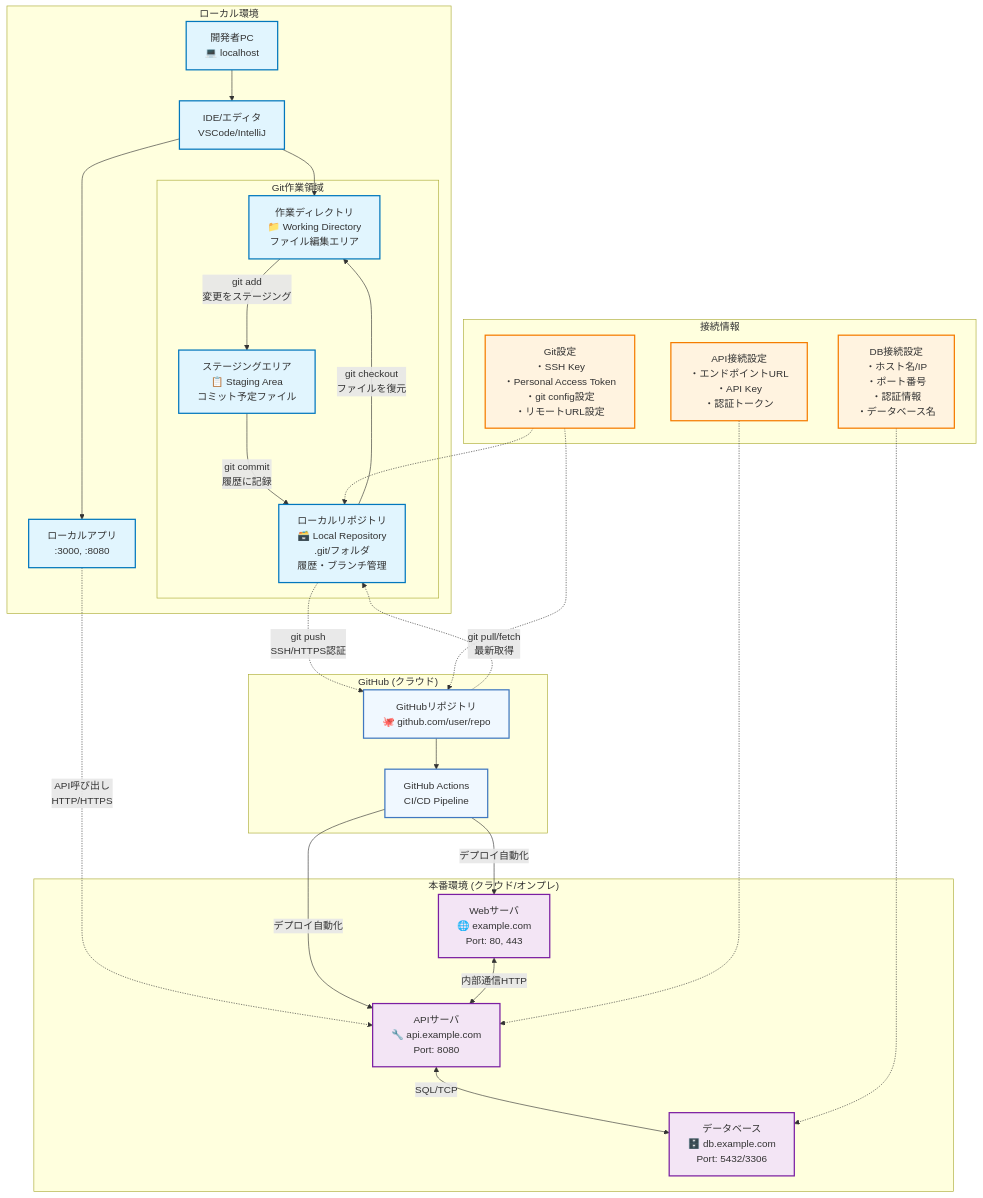
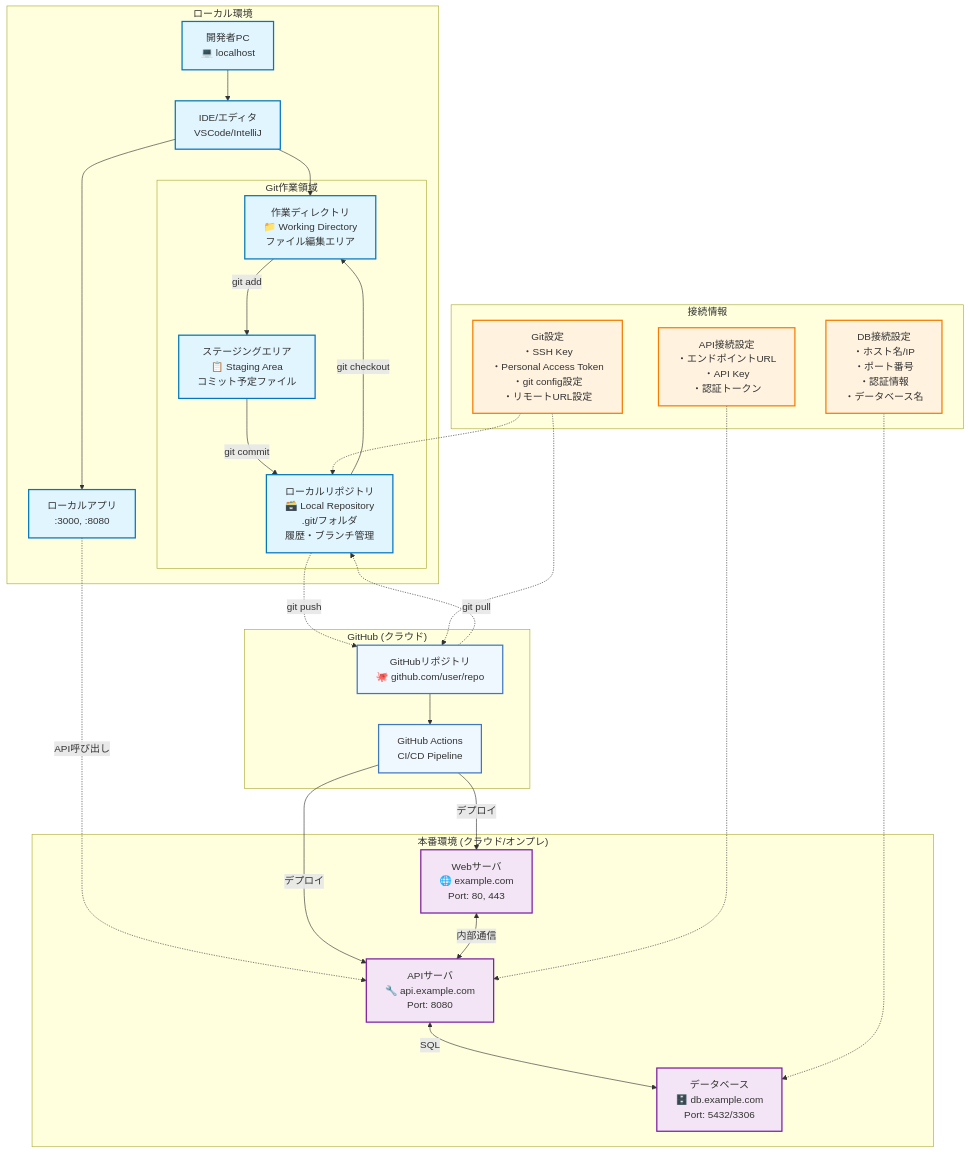
The diagram in Readme_開発環境とシステム構成図.md (mik-organization/edu-general), drawn with Mermaid before and after one commit.

````diff
--- a/Readme_開発環境とシステム構成図.md
+++ b/Readme_開発環境とシステム構成図.md
@@ -3,65 +3,65 @@
 ```mermaid
 graph TB
     subgraph "ローカル環境"
         PC[開発者PC<br/>💻 localhost]
         IDE[IDE/エディタ<br/>VSCode/IntelliJ]
         LocalApp[ローカルアプリ<br/>:3000, :8080]
         
         subgraph "Git作業領域"
             WD[作業ディレクトリ<br/>📁 Working Directory<br/>ファイル編集エリア]
             SA[ステージングエリア<br/>📋 Staging Area<br/>コミット予定ファイル]
             LR[ローカルリポジトリ<br/>🗃️ Local Repository<br/>.git/フォルダ<br/>履歴・ブランチ管理]
         end
         
         PC --> IDE
         IDE --> LocalApp
         IDE --> WD
-        WD -->|git add<br/>変更をステージング| SA
-        SA -->|git commit<br/>履歴に記録| LR
-        LR -->|git checkout<br/>ファイルを復元| WD
+        WD -->|git add| SA
+        SA -->|git commit| LR
+        LR -->|git checkout| WD
     end
     
     subgraph "GitHub (クラウド)"
         GH[GitHubリポジトリ<br/>🐙 github.com/user/repo]
         GA[GitHub Actions<br/>CI/CD Pipeline]
         
         GH --> GA
     end
     
     subgraph "本番環境 (クラウド/オンプレ)"
         WEB[Webサーバ<br/>🌐 example.com<br/>Port: 80, 443]
         API[APIサーバ<br/>🔧 api.example.com<br/>Port: 8080]
         DB[データベース<br/>🗄️ db.example.com<br/>Port: 5432/3306]
     end
     
     subgraph "接続情報"
         CONN1[Git設定<br/>・SSH Key<br/>・Personal Access Token<br/>・git config設定<br/>・リモートURL設定]
         CONN2[DB接続設定<br/>・ホスト名/IP<br/>・ポート番号<br/>・認証情報<br/>・データベース名]
         CONN3[API接続設定<br/>・エンドポイントURL<br/>・API Key<br/>・認証トークン]
     end
     
-    LR -.->|git push<br/>SSH/HTTPS認証| GH
-    GH -.->|git pull/fetch<br/>最新取得| LR
-    LocalApp -.->|API呼び出し<br/>HTTP/HTTPS| API
+    LR -.->|git push| GH
+    GH -.->|git pull| LR
+    LocalApp -.->|API呼び出し| API
     
-    GA -->|デプロイ自動化| WEB
-    GA -->|デプロイ自動化| API
+    GA -->|デプロイ| WEB
+    GA -->|デプロイ| API
     
-    WEB <-->|内部通信HTTP| API
-    API <-->|SQL/TCP| DB
+    WEB <-->|内部通信| API
+    API <-->|SQL| DB
     
     CONN1 -.-> LR
     CONN1 -.-> GH
     CONN2 -.-> DB  
     CONN3 -.-> API
     
     classDef local fill:#e1f5fe,stroke:#0277bd,stroke-width:2px
     classDef github fill:#f0f8ff,stroke:#4078c0,stroke-width:2px  
     classDef server fill:#f3e5f5,stroke:#7b1fa2,stroke-width:2px
     classDef config fill:#fff3e0,stroke:#f57c00,stroke-width:2px
     
     class PC,IDE,LocalApp,WD,SA,LR local
     class GH,GA github
     class WEB,API,DB server
     class CONN1,CONN2,CONN3 config
 ```
````
